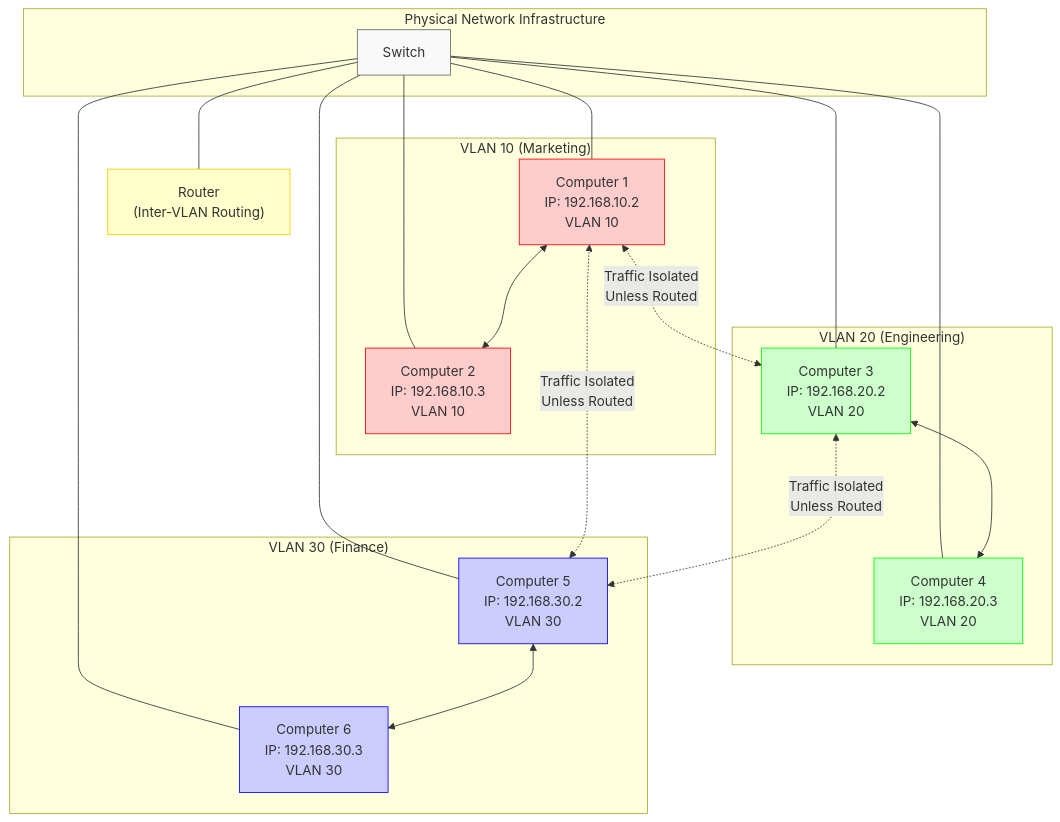
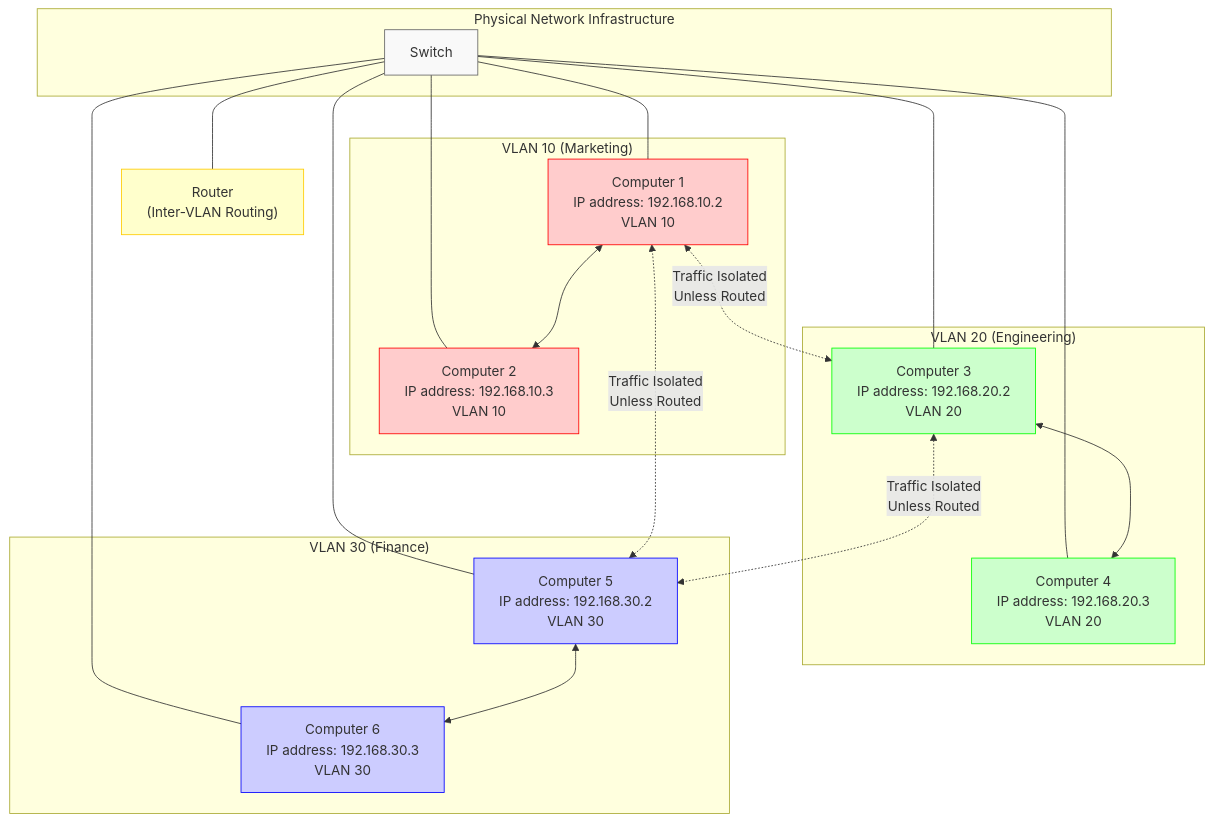
One commit to ADORSYS-GIS/openstack changed the diagram in docs/VLAN.md. Above: the diagram before and after it, drawn with Mermaid. The commit also changed other lines of this file and 3 other files, not shown here.

````diff
--- a/docs/VLAN.md
+++ b/docs/VLAN.md
@@ -25,51 +22,51 @@
 ```mermaid
 flowchart TD
     subgraph "Physical Network Infrastructure"
-        SW["Switch"] 
+        SW["Switch"]
     end
     
     subgraph "VLAN 10 (Marketing)"
-        PC1["Computer 1\nIP: 192.168.10.2\nVLAN 10"]
-        PC2["Computer 2\nIP: 192.168.10.3\nVLAN 10"]
+        PC1["Computer 1\nIP address: 192.168.10.2\nVLAN 10"]
+        PC2["Computer 2\nIP address: 192.168.10.3\nVLAN 10"]
     end
     
     subgraph "VLAN 20 (Engineering)"
-        PC3["Computer 3\nIP: 192.168.20.2\nVLAN 20"]
-        PC4["Computer 4\nIP: 192.168.20.3\nVLAN 20"]
+        PC3["Computer 3\nIP address: 192.168.20.2\nVLAN 20"]
+        PC4["Computer 4\nIP address: 192.168.20.3\nVLAN 20"]
     end
     
     subgraph "VLAN 30 (Finance)"
-        PC5["Computer 5\nIP: 192.168.30.2\nVLAN 30"]
-        PC6["Computer 6\nIP: 192.168.30.3\nVLAN 30"]
+        PC5["Computer 5\nIP address: 192.168.30.2\nVLAN 30"]
+        PC6["Computer 6\nIP address: 192.168.30.3\nVLAN 30"]
     end
     
     SW --- PC1
     SW --- PC2
     SW --- PC3
     SW --- PC4
     SW --- PC5
     SW --- PC6
     
     RT["Router\n(Inter-VLAN Routing)"]
     SW --- RT
     
     PC1 <--> PC2
     PC3 <--> PC4
     PC5 <--> PC6
     
     PC1 <-.-> |"Traffic Isolated\nUnless Routed"| PC3
     PC3 <-.-> |"Traffic Isolated\nUnless Routed"| PC5
     PC5 <-.-> |"Traffic Isolated\nUnless Routed"| PC1
     
     classDef vlan10 fill:#ffcccc,stroke:#ff0000
     classDef vlan20 fill:#ccffcc,stroke:#00ff00
     classDef vlan30 fill:#ccccff,stroke:#0000ff
     classDef network fill:#f9f9f9,stroke:#666666
     classDef router fill:#ffffcc,stroke:#ffcc00
     
     class PC1,PC2 vlan10
     class PC3,PC4 vlan20
     class PC5,PC6 vlan30
     class SW network
     class RT router
 ```
````
